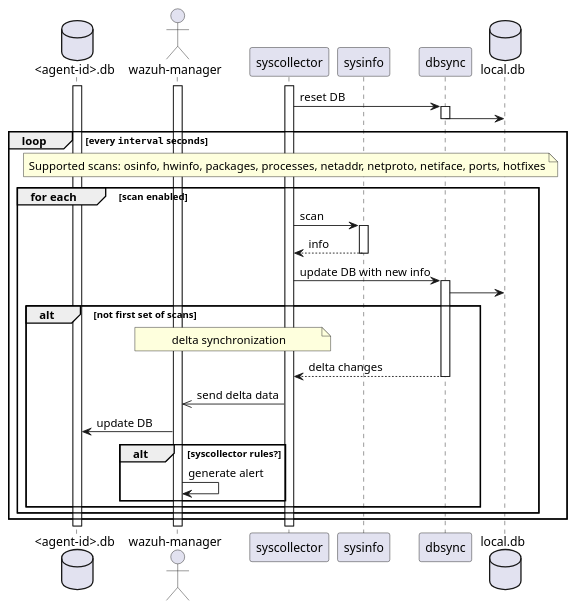
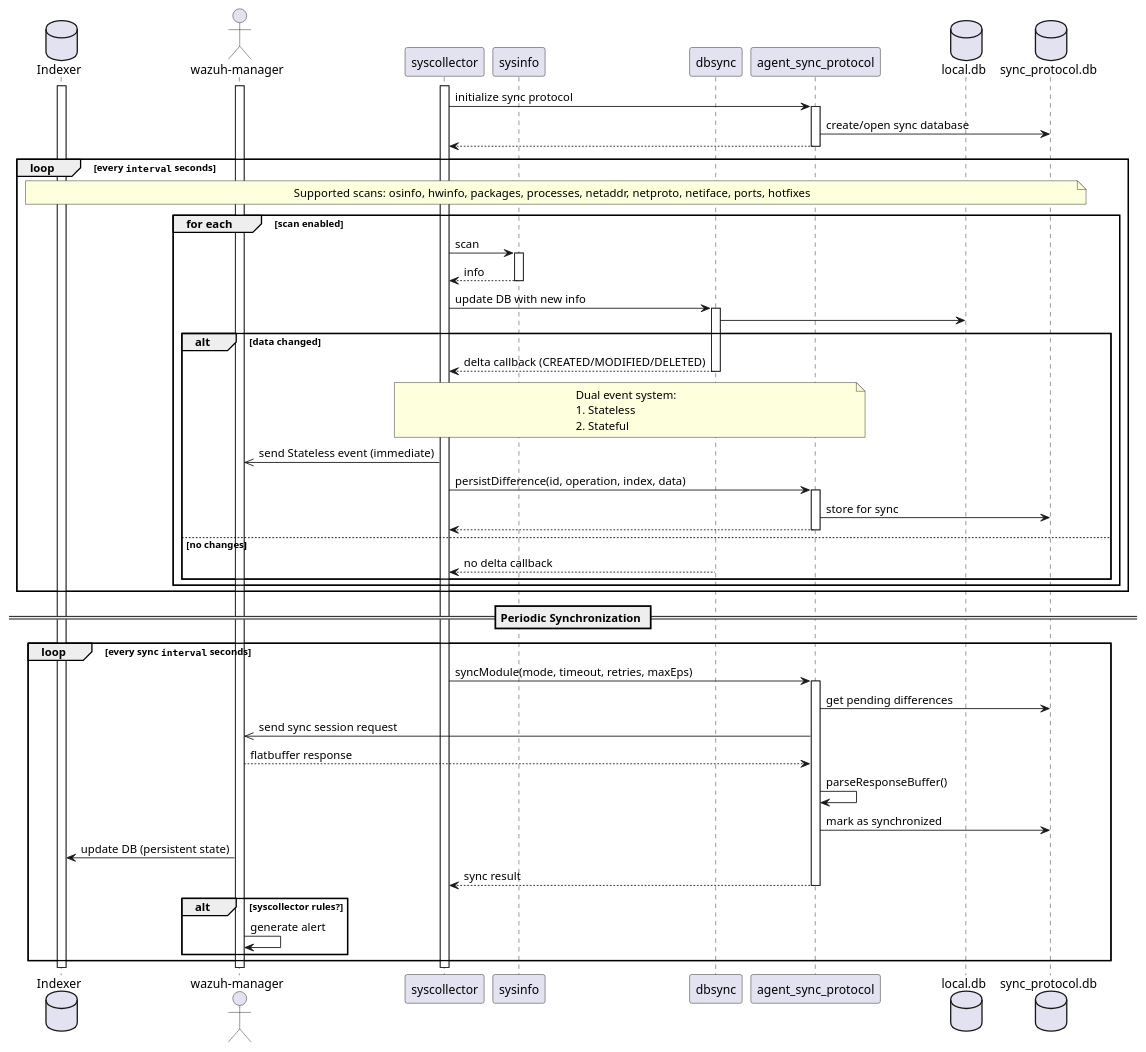
Before and after one commit to wazuh/wazuh: the diagram in architecture/syscollector/002-sequence-syscollector.puml, drawn with PlantUML. The commit also changed 7 other files, not shown here.

```diff
--- a/architecture/syscollector/002-sequence-syscollector.puml
+++ b/architecture/syscollector/002-sequence-syscollector.puml
@@ -5,39 +5,60 @@
 @startuml syscollector
 
-database "<agent-id>.db" as agent.db
+database "Indexer" as indexer
 actor "wazuh-manager" as manager
 participant syscollector as sysco
 participant sysinfo as info
 participant dbsync
+participant "agent_sync_protocol" as sync_protocol
 database local.db as ldb
+database "sync_protocol.db" as sync_db
 
 activate sysco
 activate manager
-activate agent.db
+activate indexer
 
 
-sysco -> dbsync ++: reset DB
-dbsync -> ldb --
+sysco -> sync_protocol ++: initialize sync protocol
+sync_protocol -> sync_db: create/open sync database
+sync_protocol --> sysco --
 
 loop every ""interval"" seconds
     note across: Supported scans: osinfo, hwinfo, packages, processes, netaddr, netproto, netiface, ports, hotfixes
     group for each [scan enabled]
         sysco -> info ++: scan
         sysco <-- info --: info
         sysco -> dbsync++ : update DB with new info
         dbsync -> ldb
-        alt not first set of scans
-            note over manager, sysco
-                delta synchronization
+        alt data changed
+            dbsync --> sysco --: delta callback (CREATED/MODIFIED/DELETED)
+            note over sysco, sync_protocol
+                Dual event system:
+                1. Stateless
+                2. Stateful
             end note
-            dbsync --> sysco --: delta changes
-            sysco ->> manager : send delta data
-            manager -> agent.db: update DB
-            alt syscollector rules?
-            manager -> manager: generate alert
-            end
+            sysco ->> manager : send Stateless event (immediate)
+            sysco -> sync_protocol ++: persistDifference(id, operation, index, data)
+            sync_protocol -> sync_db: store for sync
+            sync_protocol --> sysco --
+        else no changes
+            dbsync --> sysco --: no delta callback
         end
     end
 end
 
+== Periodic Synchronization ==
+loop every sync ""interval"" seconds
+    sysco -> sync_protocol ++: syncModule(mode, timeout, retries, maxEps)
+    sync_protocol -> sync_db: get pending differences
+    sync_protocol ->> manager: send sync session request
+    manager --> sync_protocol: flatbuffer response
+    sync_protocol -> sync_protocol: parseResponseBuffer()
+    sync_protocol -> sync_db: mark as synchronized
+    manager -> indexer: update DB (persistent state)
+    sync_protocol --> sysco --: sync result
+    alt syscollector rules?
+        manager -> manager: generate alert
+    end
+end
+
 @enduml
```
